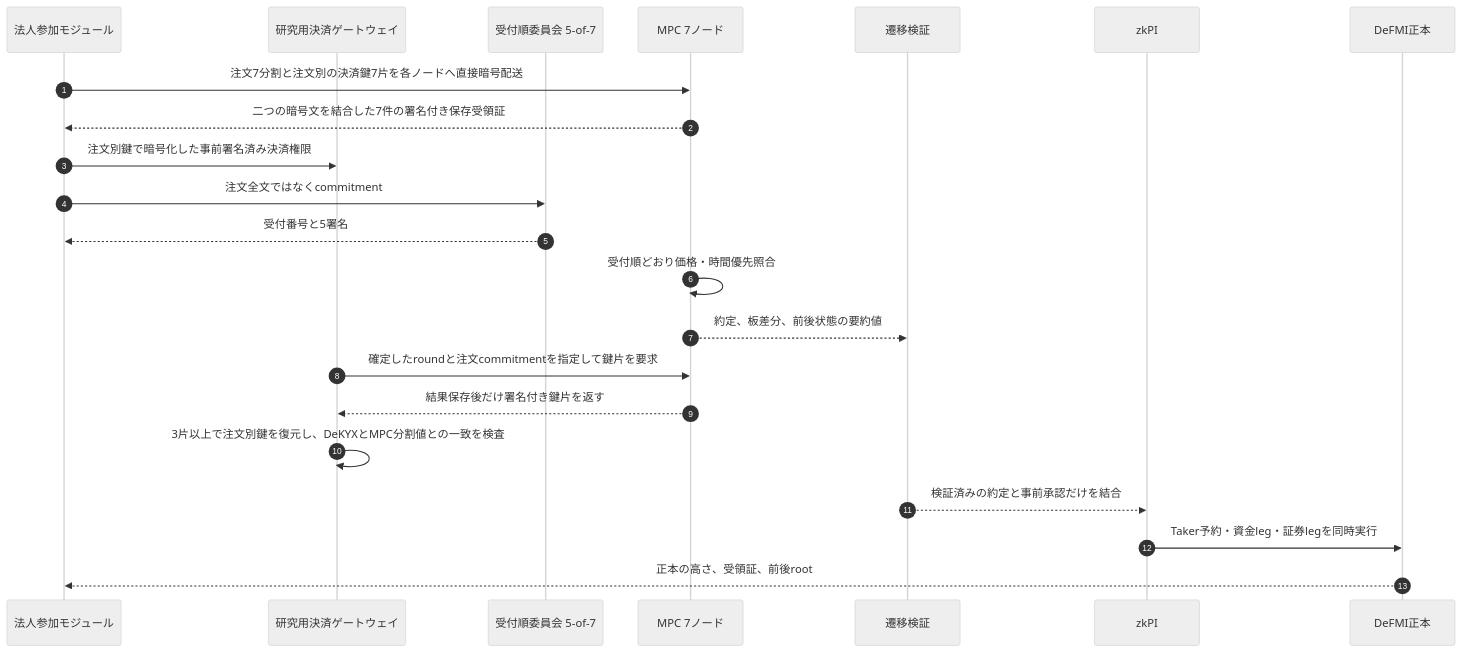
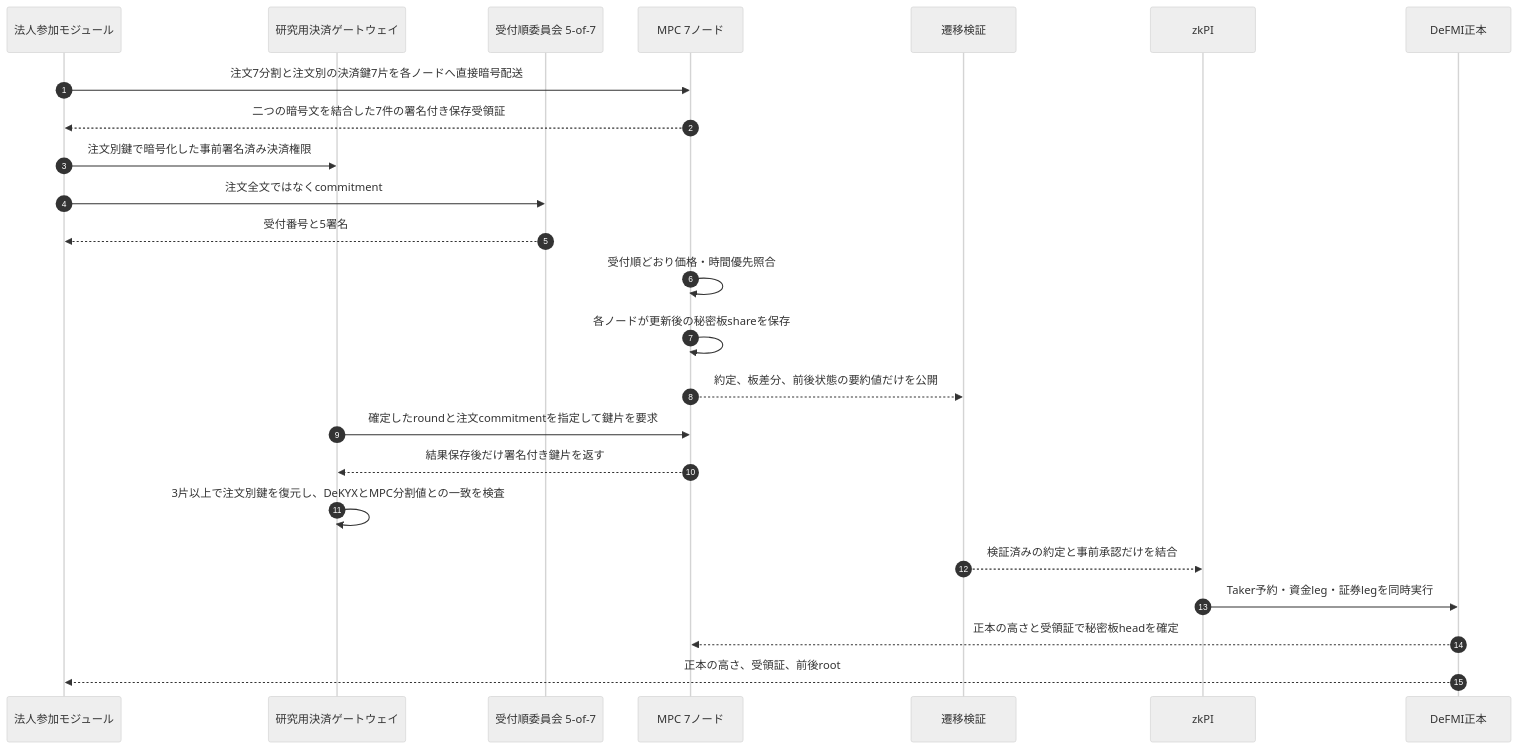
One commit to zkFMI/oclob changed the first of 2 diagrams in docs/ARCHITECTURE.md. Above: the diagram before and after it, drawn with Mermaid (neutral theme). The commit also changed other lines of this file and 13 other files, not shown here.

````diff
--- a/docs/ARCHITECTURE.md
+++ b/docs/ARCHITECTURE.md
@@ -16,25 +16,27 @@
 ```mermaid
 sequenceDiagram
     autonumber
     participant U as 法人参加モジュール
     participant G as 研究用決済ゲートウェイ
     participant O as 受付順委員会 5-of-7
     participant M as MPC 7ノード
     participant P as 遷移検証
     participant Z as zkPI
     participant L as DeFMI正本
 
     U->>M: 注文7分割と注文別の決済鍵7片を各ノードへ直接暗号配送
     M-->>U: 二つの暗号文を結合した7件の署名付き保存受領証
     U->>G: 注文別鍵で暗号化した事前署名済み決済権限
     U->>O: 注文全文ではなくcommitment
     O-->>U: 受付番号と5署名
     M->>M: 受付順どおり価格・時間優先照合
-    M-->>P: 約定、板差分、前後状態の要約値
+    M->>M: 各ノードが更新後の秘密板shareを保存
+    M-->>P: 約定、板差分、前後状態の要約値だけを公開
     G->>M: 確定したroundと注文commitmentを指定して鍵片を要求
     M-->>G: 結果保存後だけ署名付き鍵片を返す
     G->>G: 3片以上で注文別鍵を復元し、DeKYXとMPC分割値との一致を検査
     P-->>Z: 検証済みの約定と事前承認だけを結合
     Z->>L: Taker予約・資金leg・証券legを同時実行
+    L-->>M: 正本の高さと受領証で秘密板headを確定
     L-->>U: 正本の高さ、受領証、前後root
 ```
````
